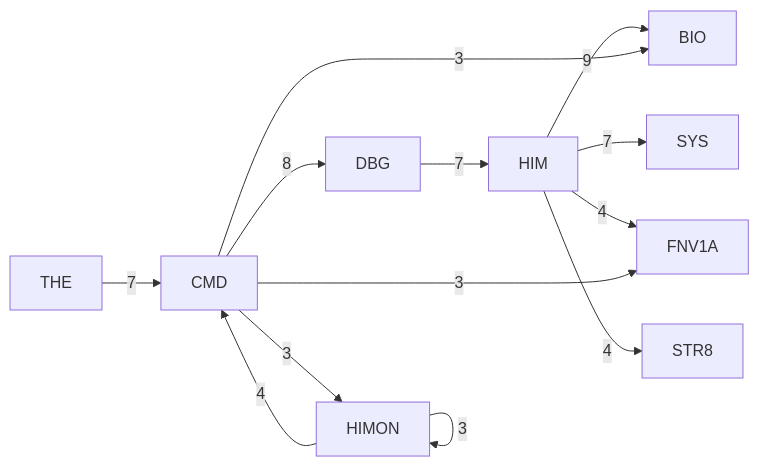
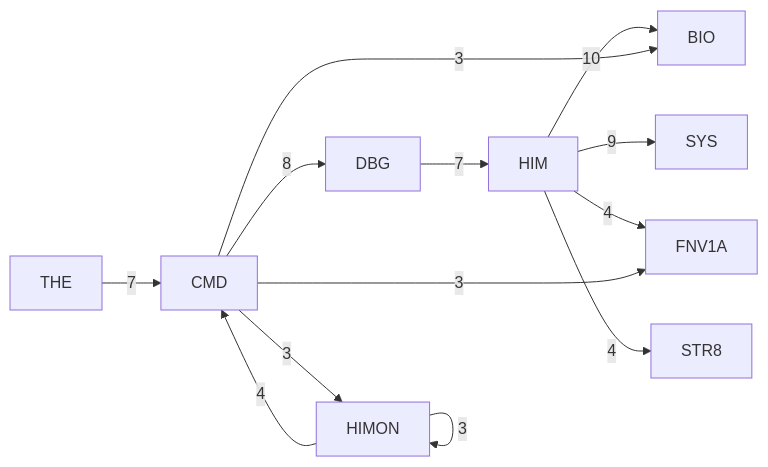
The third of 6 diagrams in DOC/GENERATED/HIMON_SUPPORT_MAP.md (95westus/R-YORS), drawn with Mermaid before and after one commit. The commit also changed other lines of this file and 42 other files, not shown here.

````diff
--- a/DOC/GENERATED/HIMON_SUPPORT_MAP.md
+++ b/DOC/GENERATED/HIMON_SUPPORT_MAP.md
@@ -45,15 +45,15 @@
 ```mermaid
 flowchart LR
-    P_HIM[HIM] -->|9| P_BIO[BIO]
+    P_HIM[HIM] -->|10| P_BIO[BIO]
+    P_HIM[HIM] -->|9| P_SYS[SYS]
     P_CMD[CMD] -->|8| P_DBG[DBG]
     P_DBG[DBG] -->|7| P_HIM[HIM]
-    P_HIM[HIM] -->|7| P_SYS[SYS]
     P_THE[THE] -->|7| P_CMD[CMD]
     P_HIM[HIM] -->|4| P_FNV1A[FNV1A]
     P_HIM[HIM] -->|4| P_STR8[STR8]
     P_HIMON[HIMON] -->|4| P_CMD[CMD]
     P_CMD[CMD] -->|3| P_BIO[BIO]
     P_CMD[CMD] -->|3| P_FNV1A[FNV1A]
     P_CMD[CMD] -->|3| P_HIMON[HIMON]
     P_HIMON[HIMON] -->|3| P_HIMON[HIMON]
 ```
````
